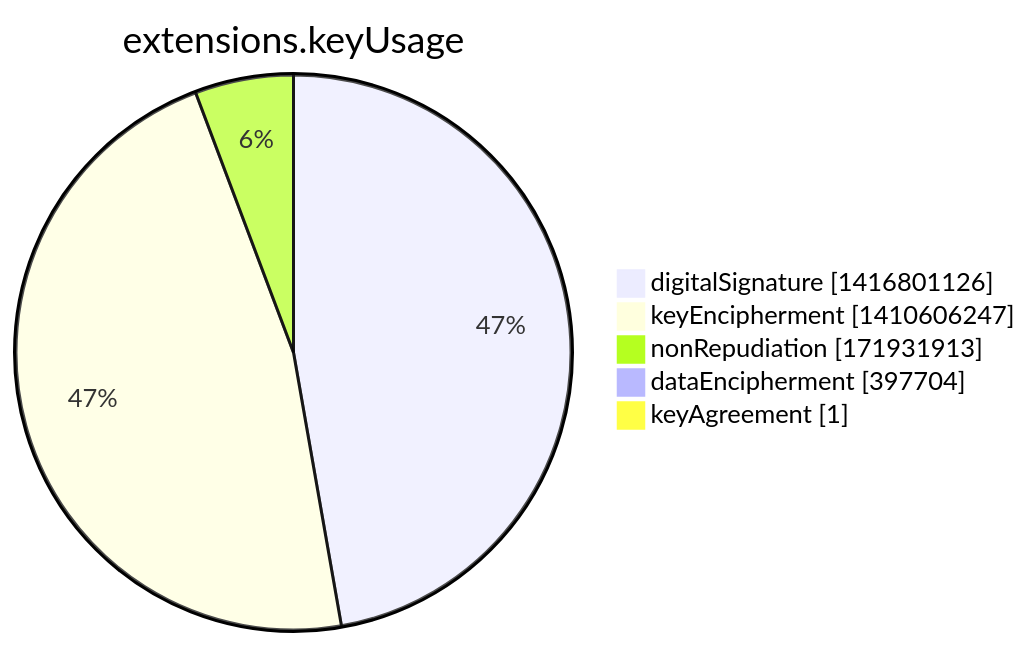
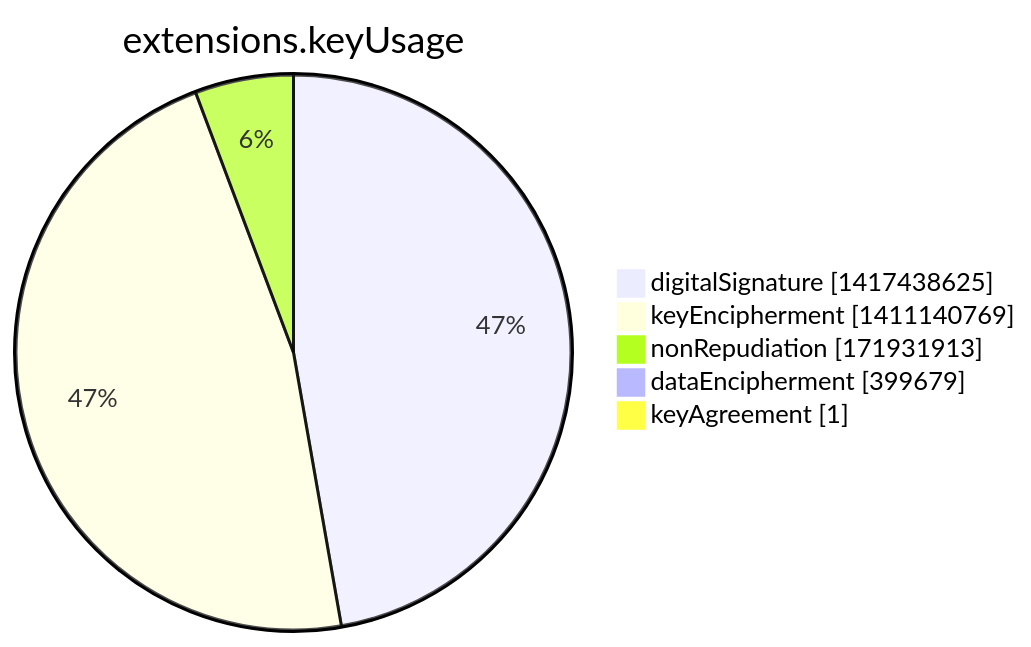
One commit to christiankrug/ctmonitor_visualization changed the seventh of 15 diagrams in argon2022/README.md. Above: the diagram before and after it, drawn with Mermaid. The commit also changed other lines of this file, not shown here.

````diff
--- a/argon2022/README.md
+++ b/argon2022/README.md
@@ -2751,9 +2751,9 @@
 ```mermaid
 pie showData
 title extensions.keyUsage
-"digitalSignature" :1416801126
-"keyEncipherment" :1410606247
+"digitalSignature" :1417438625
+"keyEncipherment" :1411140769
 "nonRepudiation" :171931913
-"dataEncipherment" :397704
+"dataEncipherment" :399679
 "keyAgreement" :1
 ```
````
